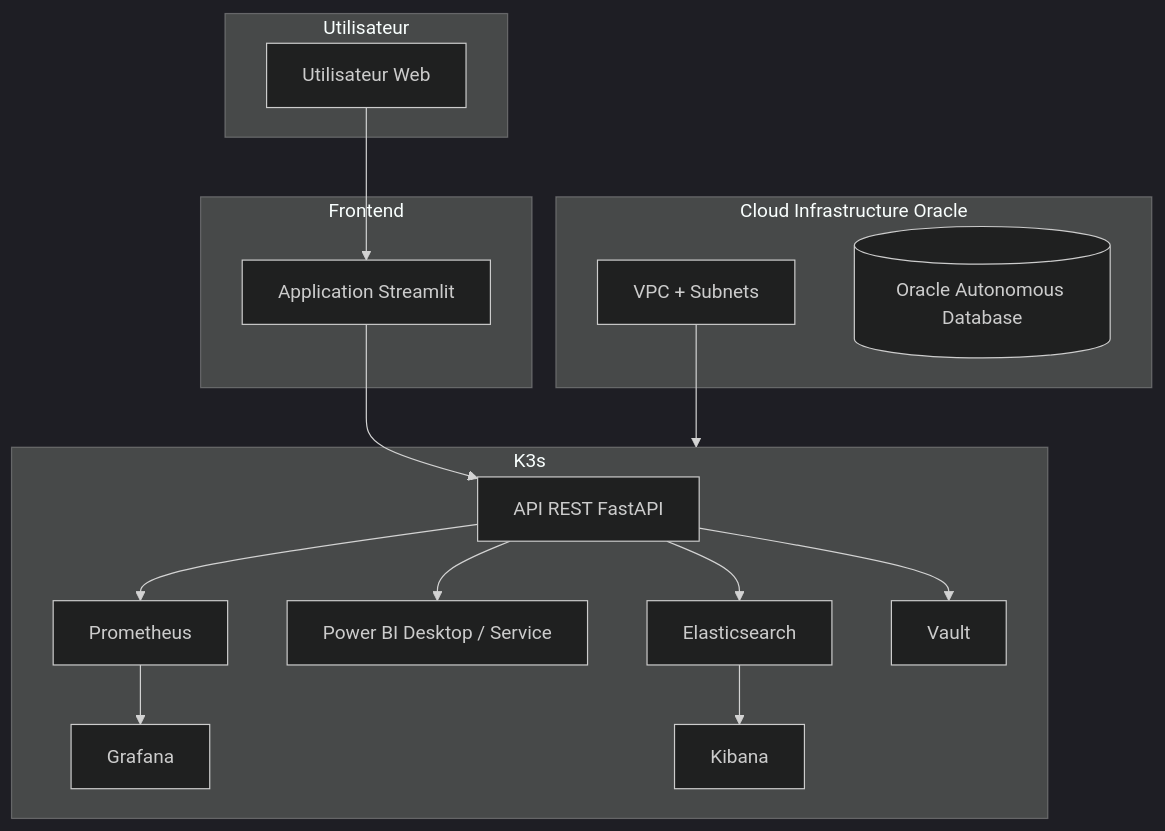
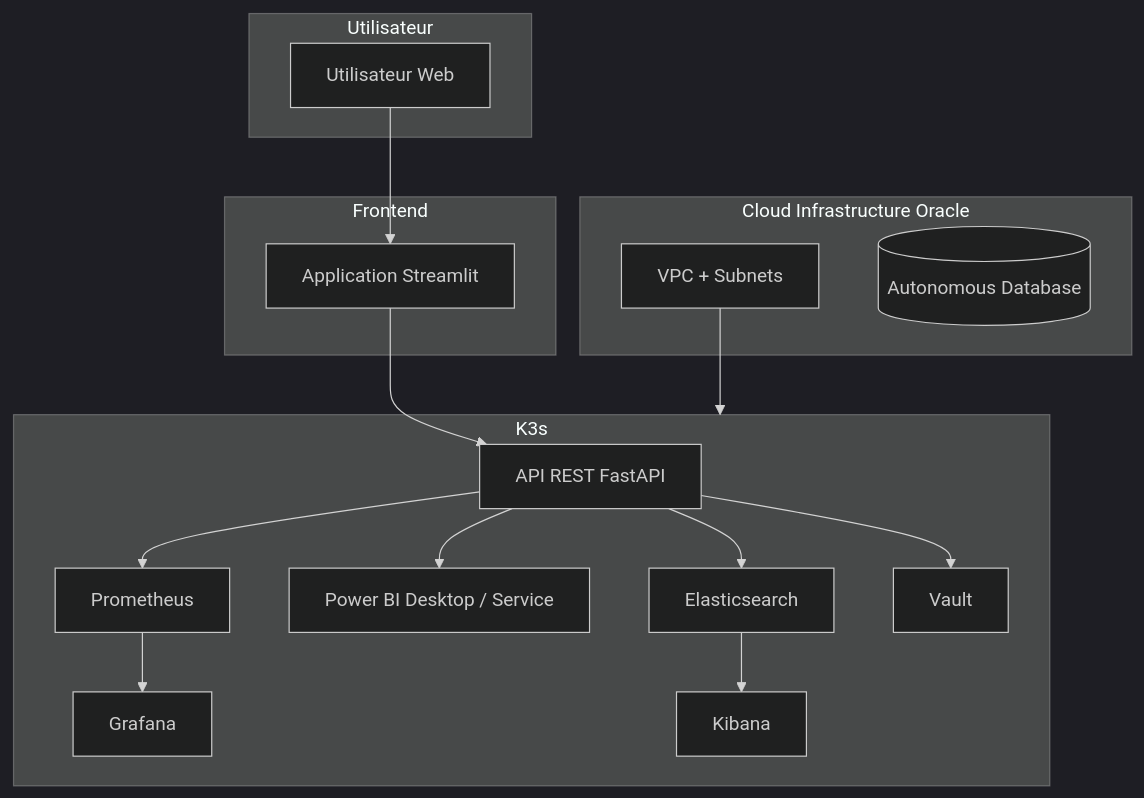
Before and after one commit to O-Celia/reactivite_chien: the diagram in infra/README.md, drawn with Mermaid (dark theme).

````diff
--- a/infra/README.md
+++ b/infra/README.md
@@ -9,30 +9,30 @@
 ```mermaid
 graph TD
   subgraph Utilisateur
     A[Utilisateur Web]
   end
 
   subgraph Frontend
     B[Application Streamlit]
   end
 
   subgraph K3s
     B --> C[API REST FastAPI]
     C --> E[Elasticsearch]
     C --> F[Power BI Desktop / Service]
     C --> H[Prometheus]
     C --> I[Vault]
 
     H --> J[Grafana]
     E --> K[Kibana]
 
   end
 
   subgraph Cloud Infrastructure Oracle
     L[VPC + Subnets]
-    M[(Oracle Autonomous Database)]
+    M[(Autonomous Database)]
   end
 
   A --> B
   L --> K3s
 ```
````
